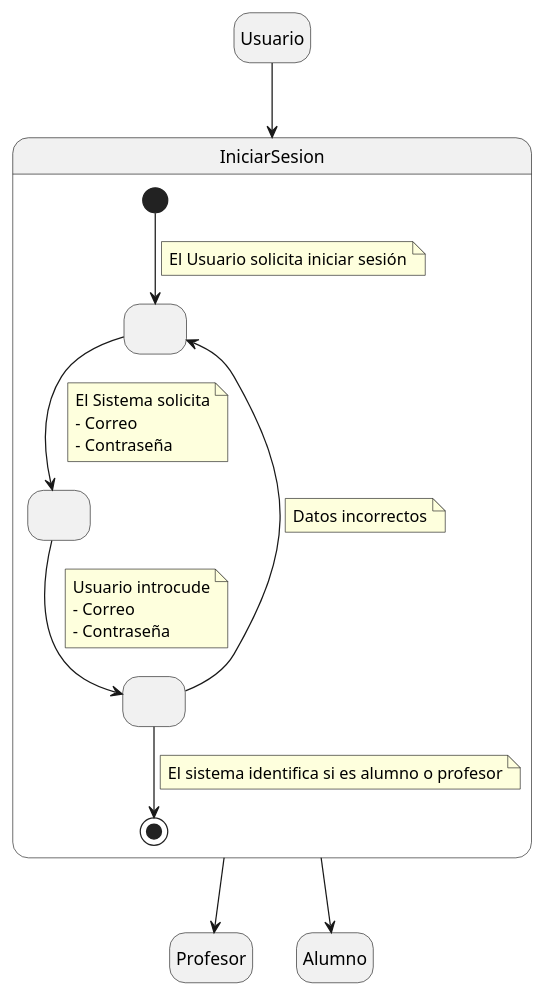
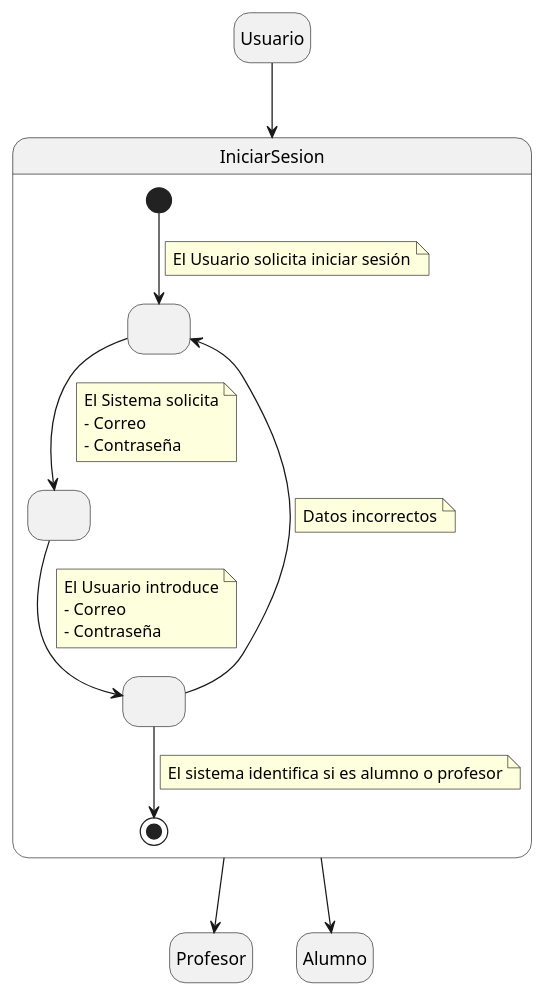
Before and after one commit to mmasias/24-25-IdSw1-SDR: the diagram in Documentos/DetallarCasosDeUso/IniciarSesion.puml, drawn with PlantUML.

Commit message:
Pequeña corrección

```diff
--- a/Documentos/DetallarCasosDeUso/IniciarSesion.puml
+++ b/Documentos/DetallarCasosDeUso/IniciarSesion.puml
@@ -1,45 +1,45 @@
 @startuml IniciarSesion
 
 hide empty description
 
 state Usuario
 state IniciarSesion{
     state " " as Estado1
     state " " as Estado2
     state " " as Estado3
 
     [*] --> Estado1
     note on link
         El Usuario solicita iniciar sesión
     end note
     Estado1 --> Estado2
     note on link
         El Sistema solicita
         - Correo
         - Contraseña
     end note
     Estado2 --> Estado3
     note on link
-        Usuario introcude
+        El Usuario introduce
         - Correo
         - Contraseña
     end note
     Estado3 --> [*]
     note on link
         El sistema identifica si es alumno o profesor
     end note
 
     Estado3 --> Estado1
     note on link
         Datos incorrectos
     end note
 }
 state Profesor
 state Alumno
 
 
 Usuario --> IniciarSesion
 IniciarSesion --> Profesor
 IniciarSesion --> Alumno
 
 @enduml
```
